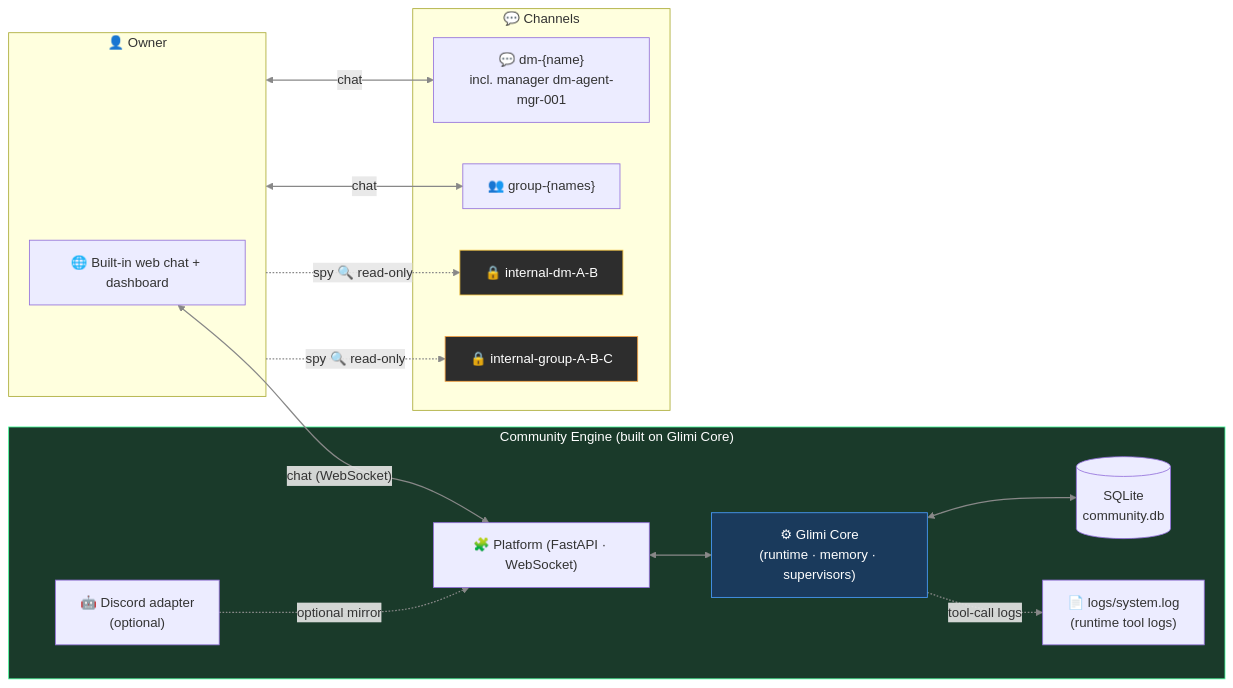
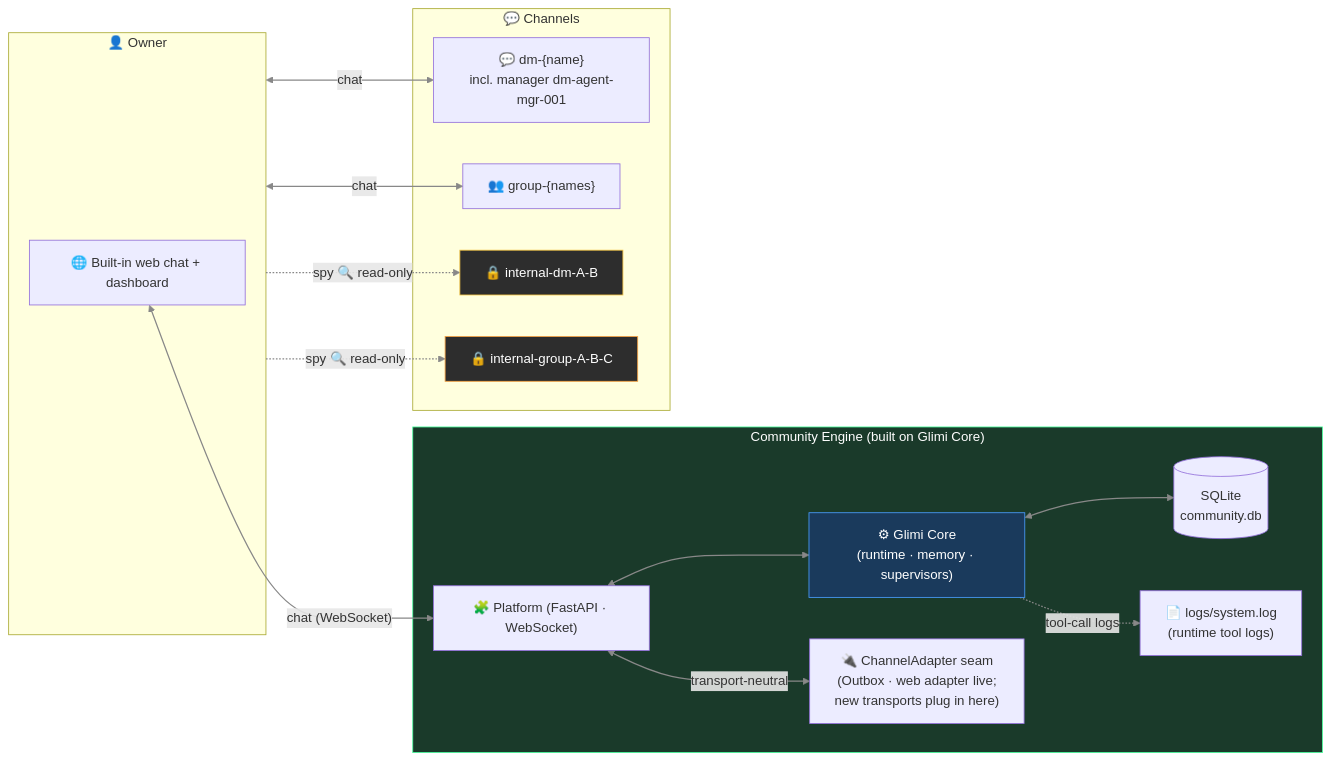
One commit to je-empty/Glimi changed the third of 3 diagrams in docs/internals.en.md. Above: the diagram before and after it, drawn with Mermaid. The commit also changed other lines of this file and 46 other files, not shown here.

First line of the commit message:
docs: reframe Discord as former adapter; web is the canonical transport

````diff
--- a/docs/internals.en.md
+++ b/docs/internals.en.md
@@ -135,35 +135,35 @@
 ```mermaid
 flowchart LR
     linkStyle default stroke:#888,stroke-width:1.5px
     subgraph Owner["👤 Owner"]
         Web["🌐 Built-in web chat + dashboard"]
     end
 
     subgraph Engine["Community Engine (built on Glimi Core)"]
         Plat["🧩 Platform (FastAPI · WebSocket)"]
         Core["⚙ Glimi Core<br/>(runtime · memory · supervisors)"]
         DB[("SQLite<br/>community.db")]
         Log["📄 logs/system.log<br/>(runtime tool logs)"]
-        Bot["🤖 Discord adapter<br/>(optional)"]
+        Seam["🔌 ChannelAdapter seam<br/>(Outbox · web adapter live;<br/>new transports plug in here)"]
     end
 
     subgraph Channels["💬 Channels"]
         DM["💬 dm-{name}<br/>incl. manager dm-agent-mgr-001"]
         Grp["👥 group-{names}"]
         SecDM["🔒 internal-dm-A-B"]
         SecGrp["🔒 internal-group-A-B-C"]
     end
 
     Web <-->|"chat (WebSocket)"| Plat
     Plat <--> Core
     Core <--> DB
     Core -.->|"tool-call logs"| Log
     Owner <-->|"chat"| DM & Grp
     Owner -. "spy 🔍 read-only" .-> SecDM & SecGrp
-    Bot -. "optional mirror" .-> Plat
+    Plat <-->|"transport-neutral"| Seam
 
     style Engine fill:#1a3a2a,stroke:#4aff9e,color:#fff
     style Core fill:#1a3a5c,stroke:#4a9eff,color:#fff
     style SecDM fill:#2d2d2d,stroke:#f5c542,color:#fff
     style SecGrp fill:#2d2d2d,stroke:#f5a142,color:#fff
 ```
````
